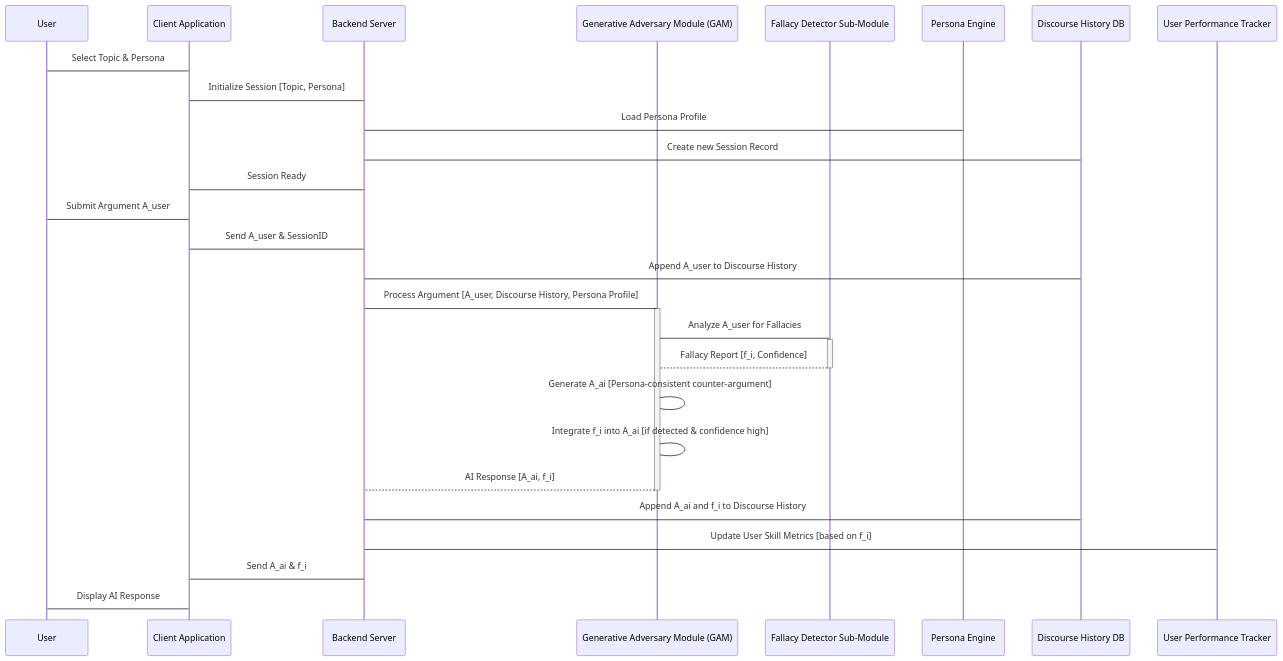
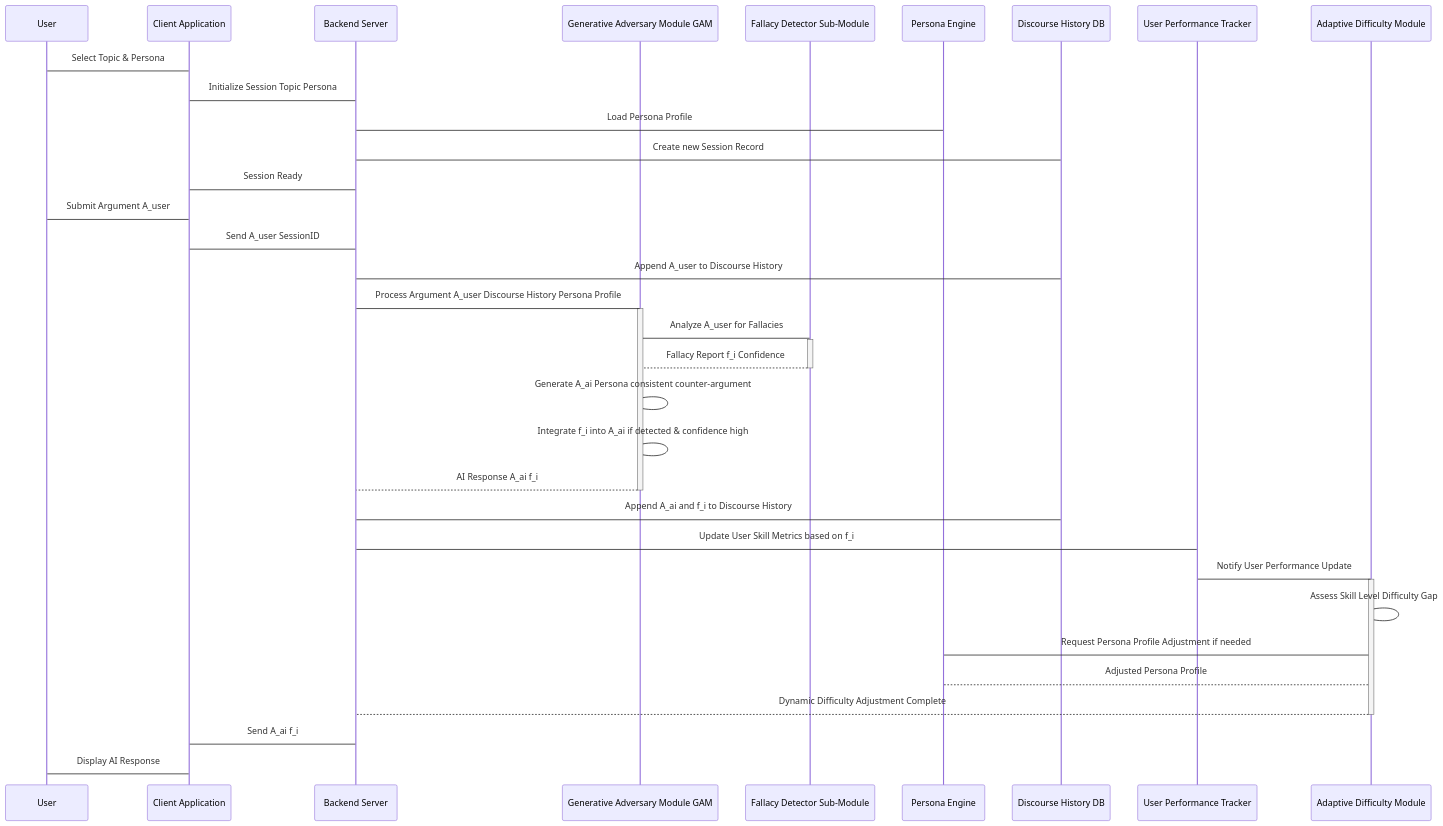
Before and after one commit to diplomat-bit/Citibank_Demo_Business_Inc_Demonstration-: the sixth of 8 diagrams in inventions/018_ai_debate_adversary.md, drawn with Mermaid. The commit also changed other lines of this file, not shown here.

Commit message:
[AI] Edit: inventions/018_ai_debate_adversary.md

````diff
--- a/inventions/018_ai_debate_adversary.md
+++ b/inventions/018_ai_debate_adversary.md
@@ -88,34 +174,42 @@
 ```mermaid
 sequenceDiagram
     participant U as User
     participant C as Client Application
     participant B as Backend Server
-    participant G as Generative Adversary Module (GAM)
+    participant G as Generative Adversary Module GAM
     participant F as Fallacy Detector Sub-Module
     participant P as Persona Engine
     participant D as Discourse History DB
     participant T as User Performance Tracker
+    participant A as Adaptive Difficulty Module
 
     U->C: Select Topic & Persona
-    C->B: Initialize Session [Topic, Persona]
+    C->B: Initialize Session Topic Persona
     B->P: Load Persona Profile
     B->D: Create new Session Record
     B->C: Session Ready
     U->C: Submit Argument A_user
-    C->B: Send A_user & SessionID
+    C->B: Send A_user SessionID
     B->D: Append A_user to Discourse History
-    B->G: Process Argument [A_user, Discourse History, Persona Profile]
+    B->G: Process Argument A_user Discourse History Persona Profile
     activate G
     G->F: Analyze A_user for Fallacies
     activate F
-    F-->G: Fallacy Report [f_i, Confidence]
+    F-->G: Fallacy Report f_i Confidence
     deactivate F
-    G->G: Generate A_ai [Persona-consistent counter-argument]
-    G->G: Integrate f_i into A_ai [if detected & confidence high]
-    G-->B: AI Response [A_ai, f_i]
+    G->G: Generate A_ai Persona consistent counter-argument
+    G->G: Integrate f_i into A_ai if detected & confidence high
+    G-->B: AI Response A_ai f_i
     deactivate G
     B->D: Append A_ai and f_i to Discourse History
-    B->T: Update User Skill Metrics [based on f_i]
-    B->C: Send A_ai & f_i
+    B->T: Update User Skill Metrics based on f_i
+    T->A: Notify User Performance Update
+    activate A
+    A->A: Assess Skill Level Difficulty Gap
+    A->P: Request Persona Profile Adjustment if needed
+    P-->A: Adjusted Persona Profile
+    A-->B: Dynamic Difficulty Adjustment Complete
+    deactivate A
+    B->C: Send A_ai f_i
     C->U: Display AI Response
 ```
````
